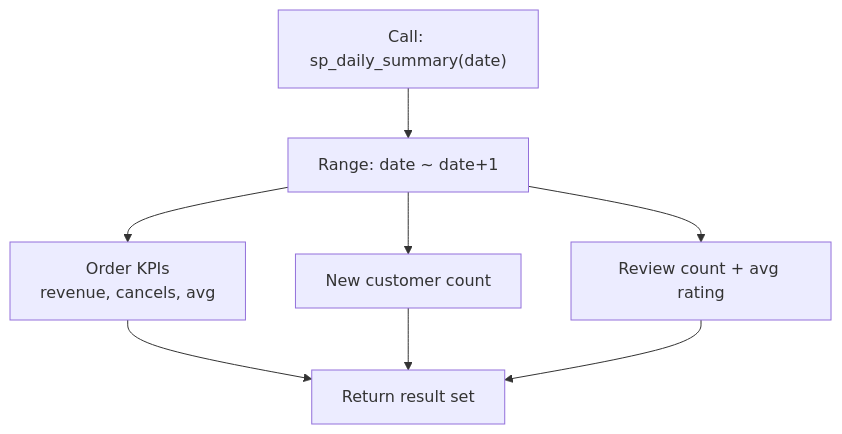
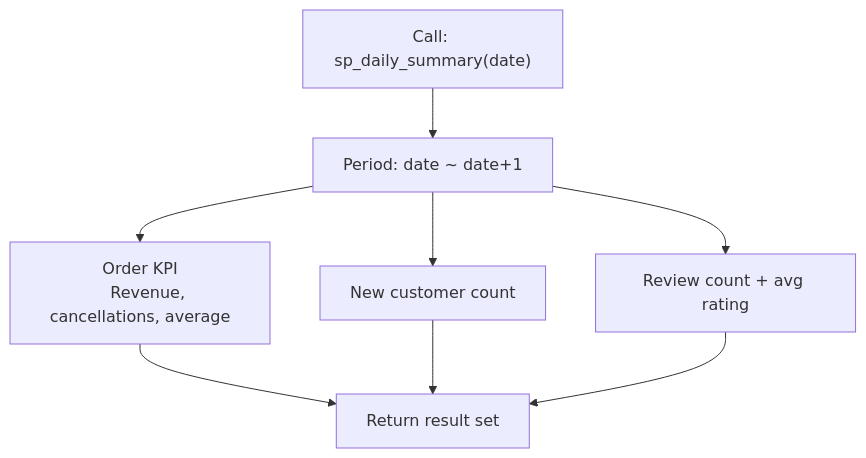
Before and after one commit to civilian7/sql-tutorial: the tenth of 15 diagrams in docs/en/schema/procedures.md, drawn with Mermaid. The commit also changed other lines of this file and 121 other files, not shown here.

````diff
--- a/docs/en/schema/procedures.md
+++ b/docs/en/schema/procedures.md
@@ -982,11 +997,11 @@
 ```mermaid
 flowchart TD
-    A["Call: sp_daily_summary(date)"] --> B["Range: date ~ date+1"]
-    B --> C["Order KPIs
-    revenue, cancels, avg"]
+    A["Call: sp_daily_summary(date)"] --> B["Period: date ~ date+1"]
+    B --> C["Order KPI
+    Revenue, cancellations, average"]
     B --> D["New customer count"]
     B --> E["Review count + avg rating"]
     C --> F["Return result set"]
     D --> F
     E --> F
 ```
````
